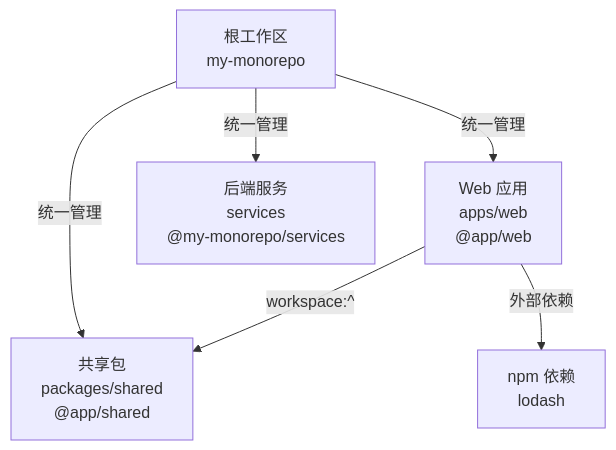
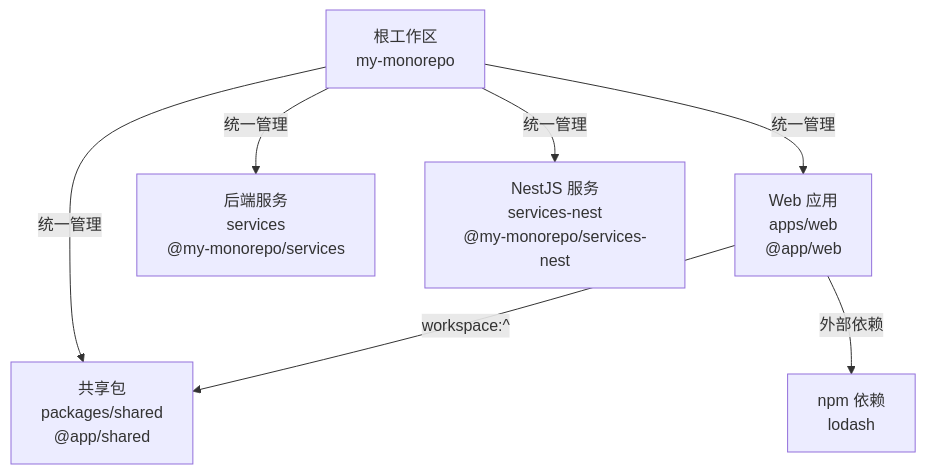
Before and after one commit to sincejuly2222/my_monorepo: the diagram in PROJECT_STRUCTURE.md, drawn with Mermaid. The commit also changed other lines of this file and 25 other files, not shown here.

````diff
--- a/PROJECT_STRUCTURE.md
+++ b/PROJECT_STRUCTURE.md
@@ -25,14 +28,16 @@
 ```mermaid
 flowchart TB
     Root["根工作区<br/>my-monorepo"]
     Web["Web 应用<br/>apps/web<br/>@app/web"]
     Shared["共享包<br/>packages/shared<br/>@app/shared"]
     Services["后端服务<br/>services<br/>@my-monorepo/services"]
+    NestServices["NestJS 服务<br/>services-nest<br/>@my-monorepo/services-nest"]
     Registry["npm 依赖<br/>lodash"]
 
     Root -->|统一管理| Web
     Root -->|统一管理| Shared
     Root -->|统一管理| Services
+    Root -->|统一管理| NestServices
     Web -->|workspace:^| Shared
     Web -->|外部依赖| Registry
 ```
````
